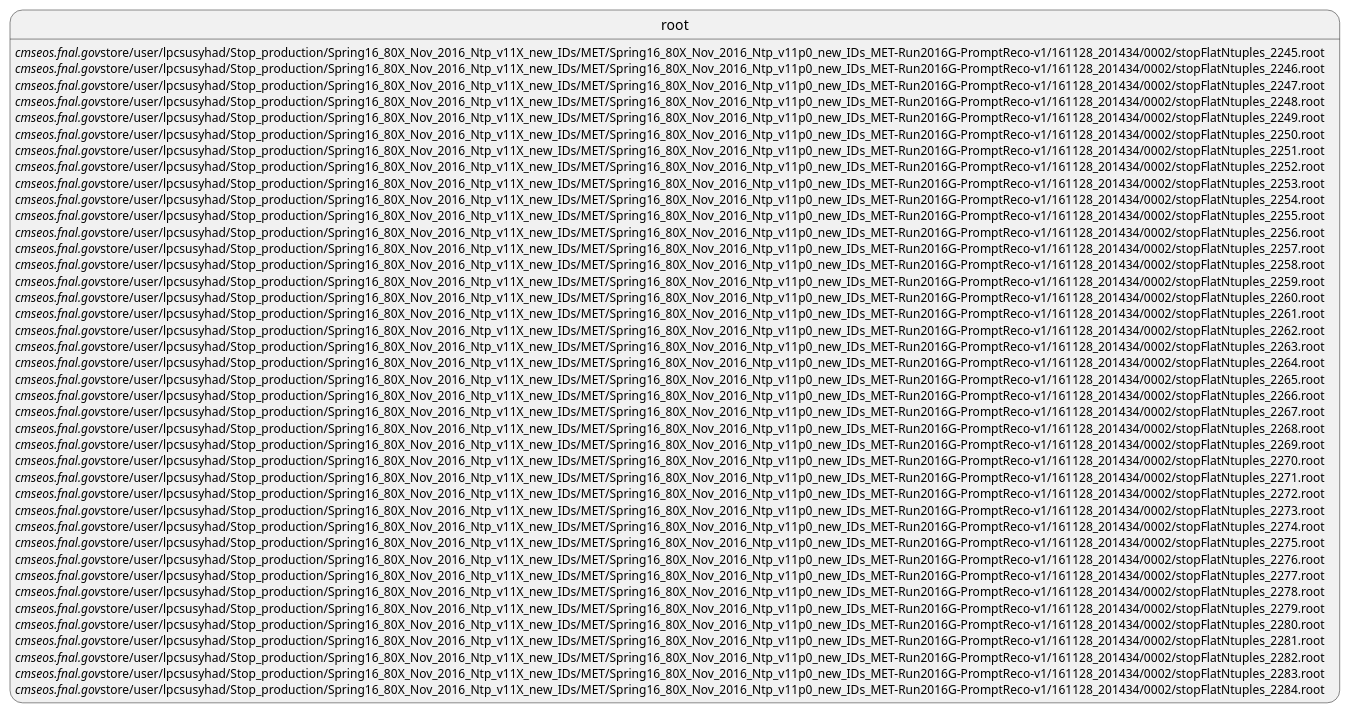
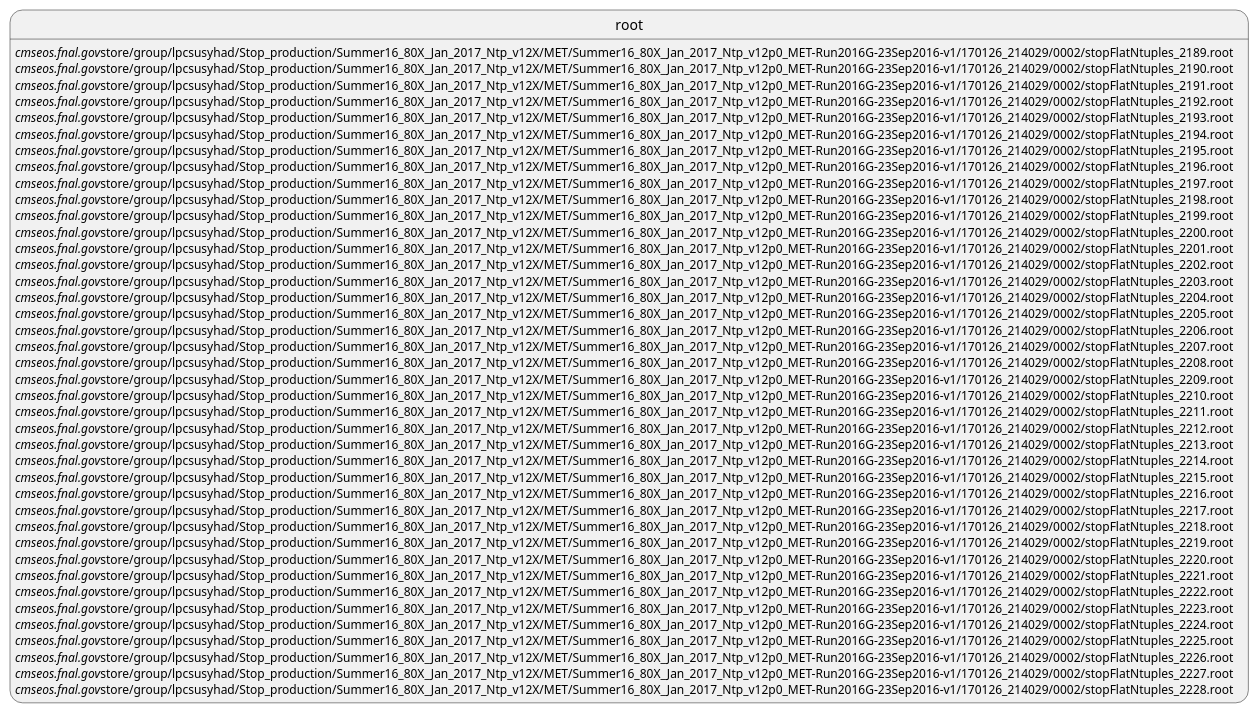
The diagram in QCDTools/QCDStopFlattrees/2017MoriondTxt/METSplit.pu (susy2015/QCD), drawn with PlantUML before and after one commit. The commit also changed 1557 other files, not shown here.

```diff
--- a/QCDTools/QCDStopFlattrees/2017MoriondTxt/METSplit.pu
+++ b/QCDTools/QCDStopFlattrees/2017MoriondTxt/METSplit.pu
@@ -1,40 +1,40 @@
-root://cmseos.fnal.gov//store/user/lpcsusyhad/Stop_production/Spring16_80X_Nov_2016_Ntp_v11X_new_IDs/MET/Spring16_80X_Nov_2016_Ntp_v11p0_new_IDs_MET-Run2016G-PromptReco-v1/161128_201434/0002/stopFlatNtuples_2245.root
-root://cmseos.fnal.gov//store/user/lpcsusyhad/Stop_production/Spring16_80X_Nov_2016_Ntp_v11X_new_IDs/MET/Spring16_80X_Nov_2016_Ntp_v11p0_new_IDs_MET-Run2016G-PromptReco-v1/161128_201434/0002/stopFlatNtuples_2246.root
-root://cmseos.fnal.gov//store/user/lpcsusyhad/Stop_production/Spring16_80X_Nov_2016_Ntp_v11X_new_IDs/MET/Spring16_80X_Nov_2016_Ntp_v11p0_new_IDs_MET-Run2016G-PromptReco-v1/161128_201434/0002/stopFlatNtuples_2247.root
-root://cmseos.fnal.gov//store/user/lpcsusyhad/Stop_production/Spring16_80X_Nov_2016_Ntp_v11X_new_IDs/MET/Spring16_80X_Nov_2016_Ntp_v11p0_new_IDs_MET-Run2016G-PromptReco-v1/161128_201434/0002/stopFlatNtuples_2248.root
-root://cmseos.fnal.gov//store/user/lpcsusyhad/Stop_production/Spring16_80X_Nov_2016_Ntp_v11X_new_IDs/MET/Spring16_80X_Nov_2016_Ntp_v11p0_new_IDs_MET-Run2016G-PromptReco-v1/161128_201434/0002/stopFlatNtuples_2249.root
-root://cmseos.fnal.gov//store/user/lpcsusyhad/Stop_production/Spring16_80X_Nov_2016_Ntp_v11X_new_IDs/MET/Spring16_80X_Nov_2016_Ntp_v11p0_new_IDs_MET-Run2016G-PromptReco-v1/161128_201434/0002/stopFlatNtuples_2250.root
-root://cmseos.fnal.gov//store/user/lpcsusyhad/Stop_production/Spring16_80X_Nov_2016_Ntp_v11X_new_IDs/MET/Spring16_80X_Nov_2016_Ntp_v11p0_new_IDs_MET-Run2016G-PromptReco-v1/161128_201434/0002/stopFlatNtuples_2251.root
-root://cmseos.fnal.gov//store/user/lpcsusyhad/Stop_production/Spring16_80X_Nov_2016_Ntp_v11X_new_IDs/MET/Spring16_80X_Nov_2016_Ntp_v11p0_new_IDs_MET-Run2016G-PromptReco-v1/161128_201434/0002/stopFlatNtuples_2252.root
-root://cmseos.fnal.gov//store/user/lpcsusyhad/Stop_production/Spring16_80X_Nov_2016_Ntp_v11X_new_IDs/MET/Spring16_80X_Nov_2016_Ntp_v11p0_new_IDs_MET-Run2016G-PromptReco-v1/161128_201434/0002/stopFlatNtuples_2253.root
-root://cmseos.fnal.gov//store/user/lpcsusyhad/Stop_production/Spring16_80X_Nov_2016_Ntp_v11X_new_IDs/MET/Spring16_80X_Nov_2016_Ntp_v11p0_new_IDs_MET-Run2016G-PromptReco-v1/161128_201434/0002/stopFlatNtuples_2254.root
-root://cmseos.fnal.gov//store/user/lpcsusyhad/Stop_production/Spring16_80X_Nov_2016_Ntp_v11X_new_IDs/MET/Spring16_80X_Nov_2016_Ntp_v11p0_new_IDs_MET-Run2016G-PromptReco-v1/161128_201434/0002/stopFlatNtuples_2255.root
-root://cmseos.fnal.gov//store/user/lpcsusyhad/Stop_production/Spring16_80X_Nov_2016_Ntp_v11X_new_IDs/MET/Spring16_80X_Nov_2016_Ntp_v11p0_new_IDs_MET-Run2016G-PromptReco-v1/161128_201434/0002/stopFlatNtuples_2256.root
-root://cmseos.fnal.gov//store/user/lpcsusyhad/Stop_production/Spring16_80X_Nov_2016_Ntp_v11X_new_IDs/MET/Spring16_80X_Nov_2016_Ntp_v11p0_new_IDs_MET-Run2016G-PromptReco-v1/161128_201434/0002/stopFlatNtuples_2257.root
-root://cmseos.fnal.gov//store/user/lpcsusyhad/Stop_production/Spring16_80X_Nov_2016_Ntp_v11X_new_IDs/MET/Spring16_80X_Nov_2016_Ntp_v11p0_new_IDs_MET-Run2016G-PromptReco-v1/161128_201434/0002/stopFlatNtuples_2258.root
-root://cmseos.fnal.gov//store/user/lpcsusyhad/Stop_production/Spring16_80X_Nov_2016_Ntp_v11X_new_IDs/MET/Spring16_80X_Nov_2016_Ntp_v11p0_new_IDs_MET-Run2016G-PromptReco-v1/161128_201434/0002/stopFlatNtuples_2259.root
-root://cmseos.fnal.gov//store/user/lpcsusyhad/Stop_production/Spring16_80X_Nov_2016_Ntp_v11X_new_IDs/MET/Spring16_80X_Nov_2016_Ntp_v11p0_new_IDs_MET-Run2016G-PromptReco-v1/161128_201434/0002/stopFlatNtuples_2260.root
-root://cmseos.fnal.gov//store/user/lpcsusyhad/Stop_production/Spring16_80X_Nov_2016_Ntp_v11X_new_IDs/MET/Spring16_80X_Nov_2016_Ntp_v11p0_new_IDs_MET-Run2016G-PromptReco-v1/161128_201434/0002/stopFlatNtuples_2261.root
-root://cmseos.fnal.gov//store/user/lpcsusyhad/Stop_production/Spring16_80X_Nov_2016_Ntp_v11X_new_IDs/MET/Spring16_80X_Nov_2016_Ntp_v11p0_new_IDs_MET-Run2016G-PromptReco-v1/161128_201434/0002/stopFlatNtuples_2262.root
-root://cmseos.fnal.gov//store/user/lpcsusyhad/Stop_production/Spring16_80X_Nov_2016_Ntp_v11X_new_IDs/MET/Spring16_80X_Nov_2016_Ntp_v11p0_new_IDs_MET-Run2016G-PromptReco-v1/161128_201434/0002/stopFlatNtuples_2263.root
-root://cmseos.fnal.gov//store/user/lpcsusyhad/Stop_production/Spring16_80X_Nov_2016_Ntp_v11X_new_IDs/MET/Spring16_80X_Nov_2016_Ntp_v11p0_new_IDs_MET-Run2016G-PromptReco-v1/161128_201434/0002/stopFlatNtuples_2264.root
-root://cmseos.fnal.gov//store/user/lpcsusyhad/Stop_production/Spring16_80X_Nov_2016_Ntp_v11X_new_IDs/MET/Spring16_80X_Nov_2016_Ntp_v11p0_new_IDs_MET-Run2016G-PromptReco-v1/161128_201434/0002/stopFlatNtuples_2265.root
-root://cmseos.fnal.gov//store/user/lpcsusyhad/Stop_production/Spring16_80X_Nov_2016_Ntp_v11X_new_IDs/MET/Spring16_80X_Nov_2016_Ntp_v11p0_new_IDs_MET-Run2016G-PromptReco-v1/161128_201434/0002/stopFlatNtuples_2266.root
-root://cmseos.fnal.gov//store/user/lpcsusyhad/Stop_production/Spring16_80X_Nov_2016_Ntp_v11X_new_IDs/MET/Spring16_80X_Nov_2016_Ntp_v11p0_new_IDs_MET-Run2016G-PromptReco-v1/161128_201434/0002/stopFlatNtuples_2267.root
-root://cmseos.fnal.gov//store/user/lpcsusyhad/Stop_production/Spring16_80X_Nov_2016_Ntp_v11X_new_IDs/MET/Spring16_80X_Nov_2016_Ntp_v11p0_new_IDs_MET-Run2016G-PromptReco-v1/161128_201434/0002/stopFlatNtuples_2268.root
-root://cmseos.fnal.gov//store/user/lpcsusyhad/Stop_production/Spring16_80X_Nov_2016_Ntp_v11X_new_IDs/MET/Spring16_80X_Nov_2016_Ntp_v11p0_new_IDs_MET-Run2016G-PromptReco-v1/161128_201434/0002/stopFlatNtuples_2269.root
-root://cmseos.fnal.gov//store/user/lpcsusyhad/Stop_production/Spring16_80X_Nov_2016_Ntp_v11X_new_IDs/MET/Spring16_80X_Nov_2016_Ntp_v11p0_new_IDs_MET-Run2016G-PromptReco-v1/161128_201434/0002/stopFlatNtuples_2270.root
-root://cmseos.fnal.gov//store/user/lpcsusyhad/Stop_production/Spring16_80X_Nov_2016_Ntp_v11X_new_IDs/MET/Spring16_80X_Nov_2016_Ntp_v11p0_new_IDs_MET-Run2016G-PromptReco-v1/161128_201434/0002/stopFlatNtuples_2271.root
-root://cmseos.fnal.gov//store/user/lpcsusyhad/Stop_production/Spring16_80X_Nov_2016_Ntp_v11X_new_IDs/MET/Spring16_80X_Nov_2016_Ntp_v11p0_new_IDs_MET-Run2016G-PromptReco-v1/161128_201434/0002/stopFlatNtuples_2272.root
-root://cmseos.fnal.gov//store/user/lpcsusyhad/Stop_production/Spring16_80X_Nov_2016_Ntp_v11X_new_IDs/MET/Spring16_80X_Nov_2016_Ntp_v11p0_new_IDs_MET-Run2016G-PromptReco-v1/161128_201434/0002/stopFlatNtuples_2273.root
-root://cmseos.fnal.gov//store/user/lpcsusyhad/Stop_production/Spring16_80X_Nov_2016_Ntp_v11X_new_IDs/MET/Spring16_80X_Nov_2016_Ntp_v11p0_new_IDs_MET-Run2016G-PromptReco-v1/161128_201434/0002/stopFlatNtuples_2274.root
-root://cmseos.fnal.gov//store/user/lpcsusyhad/Stop_production/Spring16_80X_Nov_2016_Ntp_v11X_new_IDs/MET/Spring16_80X_Nov_2016_Ntp_v11p0_new_IDs_MET-Run2016G-PromptReco-v1/161128_201434/0002/stopFlatNtuples_2275.root
-root://cmseos.fnal.gov//store/user/lpcsusyhad/Stop_production/Spring16_80X_Nov_2016_Ntp_v11X_new_IDs/MET/Spring16_80X_Nov_2016_Ntp_v11p0_new_IDs_MET-Run2016G-PromptReco-v1/161128_201434/0002/stopFlatNtuples_2276.root
-root://cmseos.fnal.gov//store/user/lpcsusyhad/Stop_production/Spring16_80X_Nov_2016_Ntp_v11X_new_IDs/MET/Spring16_80X_Nov_2016_Ntp_v11p0_new_IDs_MET-Run2016G-PromptReco-v1/161128_201434/0002/stopFlatNtuples_2277.root
-root://cmseos.fnal.gov//store/user/lpcsusyhad/Stop_production/Spring16_80X_Nov_2016_Ntp_v11X_new_IDs/MET/Spring16_80X_Nov_2016_Ntp_v11p0_new_IDs_MET-Run2016G-PromptReco-v1/161128_201434/0002/stopFlatNtuples_2278.root
-root://cmseos.fnal.gov//store/user/lpcsusyhad/Stop_production/Spring16_80X_Nov_2016_Ntp_v11X_new_IDs/MET/Spring16_80X_Nov_2016_Ntp_v11p0_new_IDs_MET-Run2016G-PromptReco-v1/161128_201434/0002/stopFlatNtuples_2279.root
-root://cmseos.fnal.gov//store/user/lpcsusyhad/Stop_production/Spring16_80X_Nov_2016_Ntp_v11X_new_IDs/MET/Spring16_80X_Nov_2016_Ntp_v11p0_new_IDs_MET-Run2016G-PromptReco-v1/161128_201434/0002/stopFlatNtuples_2280.root
-root://cmseos.fnal.gov//store/user/lpcsusyhad/Stop_production/Spring16_80X_Nov_2016_Ntp_v11X_new_IDs/MET/Spring16_80X_Nov_2016_Ntp_v11p0_new_IDs_MET-Run2016G-PromptReco-v1/161128_201434/0002/stopFlatNtuples_2281.root
-root://cmseos.fnal.gov//store/user/lpcsusyhad/Stop_production/Spring16_80X_Nov_2016_Ntp_v11X_new_IDs/MET/Spring16_80X_Nov_2016_Ntp_v11p0_new_IDs_MET-Run2016G-PromptReco-v1/161128_201434/0002/stopFlatNtuples_2282.root
-root://cmseos.fnal.gov//store/user/lpcsusyhad/Stop_production/Spring16_80X_Nov_2016_Ntp_v11X_new_IDs/MET/Spring16_80X_Nov_2016_Ntp_v11p0_new_IDs_MET-Run2016G-PromptReco-v1/161128_201434/0002/stopFlatNtuples_2283.root
-root://cmseos.fnal.gov//store/user/lpcsusyhad/Stop_production/Spring16_80X_Nov_2016_Ntp_v11X_new_IDs/MET/Spring16_80X_Nov_2016_Ntp_v11p0_new_IDs_MET-Run2016G-PromptReco-v1/161128_201434/0002/stopFlatNtuples_2284.root
+root://cmseos.fnal.gov//store/group/lpcsusyhad/Stop_production/Summer16_80X_Jan_2017_Ntp_v12X/MET/Summer16_80X_Jan_2017_Ntp_v12p0_MET-Run2016G-23Sep2016-v1/170126_214029/0002/stopFlatNtuples_2189.root
+root://cmseos.fnal.gov//store/group/lpcsusyhad/Stop_production/Summer16_80X_Jan_2017_Ntp_v12X/MET/Summer16_80X_Jan_2017_Ntp_v12p0_MET-Run2016G-23Sep2016-v1/170126_214029/0002/stopFlatNtuples_2190.root
+root://cmseos.fnal.gov//store/group/lpcsusyhad/Stop_production/Summer16_80X_Jan_2017_Ntp_v12X/MET/Summer16_80X_Jan_2017_Ntp_v12p0_MET-Run2016G-23Sep2016-v1/170126_214029/0002/stopFlatNtuples_2191.root
+root://cmseos.fnal.gov//store/group/lpcsusyhad/Stop_production/Summer16_80X_Jan_2017_Ntp_v12X/MET/Summer16_80X_Jan_2017_Ntp_v12p0_MET-Run2016G-23Sep2016-v1/170126_214029/0002/stopFlatNtuples_2192.root
+root://cmseos.fnal.gov//store/group/lpcsusyhad/Stop_production/Summer16_80X_Jan_2017_Ntp_v12X/MET/Summer16_80X_Jan_2017_Ntp_v12p0_MET-Run2016G-23Sep2016-v1/170126_214029/0002/stopFlatNtuples_2193.root
+root://cmseos.fnal.gov//store/group/lpcsusyhad/Stop_production/Summer16_80X_Jan_2017_Ntp_v12X/MET/Summer16_80X_Jan_2017_Ntp_v12p0_MET-Run2016G-23Sep2016-v1/170126_214029/0002/stopFlatNtuples_2194.root
+root://cmseos.fnal.gov//store/group/lpcsusyhad/Stop_production/Summer16_80X_Jan_2017_Ntp_v12X/MET/Summer16_80X_Jan_2017_Ntp_v12p0_MET-Run2016G-23Sep2016-v1/170126_214029/0002/stopFlatNtuples_2195.root
+root://cmseos.fnal.gov//store/group/lpcsusyhad/Stop_production/Summer16_80X_Jan_2017_Ntp_v12X/MET/Summer16_80X_Jan_2017_Ntp_v12p0_MET-Run2016G-23Sep2016-v1/170126_214029/0002/stopFlatNtuples_2196.root
+root://cmseos.fnal.gov//store/group/lpcsusyhad/Stop_production/Summer16_80X_Jan_2017_Ntp_v12X/MET/Summer16_80X_Jan_2017_Ntp_v12p0_MET-Run2016G-23Sep2016-v1/170126_214029/0002/stopFlatNtuples_2197.root
+root://cmseos.fnal.gov//store/group/lpcsusyhad/Stop_production/Summer16_80X_Jan_2017_Ntp_v12X/MET/Summer16_80X_Jan_2017_Ntp_v12p0_MET-Run2016G-23Sep2016-v1/170126_214029/0002/stopFlatNtuples_2198.root
+root://cmseos.fnal.gov//store/group/lpcsusyhad/Stop_production/Summer16_80X_Jan_2017_Ntp_v12X/MET/Summer16_80X_Jan_2017_Ntp_v12p0_MET-Run2016G-23Sep2016-v1/170126_214029/0002/stopFlatNtuples_2199.root
+root://cmseos.fnal.gov//store/group/lpcsusyhad/Stop_production/Summer16_80X_Jan_2017_Ntp_v12X/MET/Summer16_80X_Jan_2017_Ntp_v12p0_MET-Run2016G-23Sep2016-v1/170126_214029/0002/stopFlatNtuples_2200.root
+root://cmseos.fnal.gov//store/group/lpcsusyhad/Stop_production/Summer16_80X_Jan_2017_Ntp_v12X/MET/Summer16_80X_Jan_2017_Ntp_v12p0_MET-Run2016G-23Sep2016-v1/170126_214029/0002/stopFlatNtuples_2201.root
+root://cmseos.fnal.gov//store/group/lpcsusyhad/Stop_production/Summer16_80X_Jan_2017_Ntp_v12X/MET/Summer16_80X_Jan_2017_Ntp_v12p0_MET-Run2016G-23Sep2016-v1/170126_214029/0002/stopFlatNtuples_2202.root
+root://cmseos.fnal.gov//store/group/lpcsusyhad/Stop_production/Summer16_80X_Jan_2017_Ntp_v12X/MET/Summer16_80X_Jan_2017_Ntp_v12p0_MET-Run2016G-23Sep2016-v1/170126_214029/0002/stopFlatNtuples_2203.root
+root://cmseos.fnal.gov//store/group/lpcsusyhad/Stop_production/Summer16_80X_Jan_2017_Ntp_v12X/MET/Summer16_80X_Jan_2017_Ntp_v12p0_MET-Run2016G-23Sep2016-v1/170126_214029/0002/stopFlatNtuples_2204.root
+root://cmseos.fnal.gov//store/group/lpcsusyhad/Stop_production/Summer16_80X_Jan_2017_Ntp_v12X/MET/Summer16_80X_Jan_2017_Ntp_v12p0_MET-Run2016G-23Sep2016-v1/170126_214029/0002/stopFlatNtuples_2205.root
+root://cmseos.fnal.gov//store/group/lpcsusyhad/Stop_production/Summer16_80X_Jan_2017_Ntp_v12X/MET/Summer16_80X_Jan_2017_Ntp_v12p0_MET-Run2016G-23Sep2016-v1/170126_214029/0002/stopFlatNtuples_2206.root
+root://cmseos.fnal.gov//store/group/lpcsusyhad/Stop_production/Summer16_80X_Jan_2017_Ntp_v12X/MET/Summer16_80X_Jan_2017_Ntp_v12p0_MET-Run2016G-23Sep2016-v1/170126_214029/0002/stopFlatNtuples_2207.root
+root://cmseos.fnal.gov//store/group/lpcsusyhad/Stop_production/Summer16_80X_Jan_2017_Ntp_v12X/MET/Summer16_80X_Jan_2017_Ntp_v12p0_MET-Run2016G-23Sep2016-v1/170126_214029/0002/stopFlatNtuples_2208.root
+root://cmseos.fnal.gov//store/group/lpcsusyhad/Stop_production/Summer16_80X_Jan_2017_Ntp_v12X/MET/Summer16_80X_Jan_2017_Ntp_v12p0_MET-Run2016G-23Sep2016-v1/170126_214029/0002/stopFlatNtuples_2209.root
+root://cmseos.fnal.gov//store/group/lpcsusyhad/Stop_production/Summer16_80X_Jan_2017_Ntp_v12X/MET/Summer16_80X_Jan_2017_Ntp_v12p0_MET-Run2016G-23Sep2016-v1/170126_214029/0002/stopFlatNtuples_2210.root
+root://cmseos.fnal.gov//store/group/lpcsusyhad/Stop_production/Summer16_80X_Jan_2017_Ntp_v12X/MET/Summer16_80X_Jan_2017_Ntp_v12p0_MET-Run2016G-23Sep2016-v1/170126_214029/0002/stopFlatNtuples_2211.root
+root://cmseos.fnal.gov//store/group/lpcsusyhad/Stop_production/Summer16_80X_Jan_2017_Ntp_v12X/MET/Summer16_80X_Jan_2017_Ntp_v12p0_MET-Run2016G-23Sep2016-v1/170126_214029/0002/stopFlatNtuples_2212.root
+root://cmseos.fnal.gov//store/group/lpcsusyhad/Stop_production/Summer16_80X_Jan_2017_Ntp_v12X/MET/Summer16_80X_Jan_2017_Ntp_v12p0_MET-Run2016G-23Sep2016-v1/170126_214029/0002/stopFlatNtuples_2213.root
+root://cmseos.fnal.gov//store/group/lpcsusyhad/Stop_production/Summer16_80X_Jan_2017_Ntp_v12X/MET/Summer16_80X_Jan_2017_Ntp_v12p0_MET-Run2016G-23Sep2016-v1/170126_214029/0002/stopFlatNtuples_2214.root
+root://cmseos.fnal.gov//store/group/lpcsusyhad/Stop_production/Summer16_80X_Jan_2017_Ntp_v12X/MET/Summer16_80X_Jan_2017_Ntp_v12p0_MET-Run2016G-23Sep2016-v1/170126_214029/0002/stopFlatNtuples_2215.root
+root://cmseos.fnal.gov//store/group/lpcsusyhad/Stop_production/Summer16_80X_Jan_2017_Ntp_v12X/MET/Summer16_80X_Jan_2017_Ntp_v12p0_MET-Run2016G-23Sep2016-v1/170126_214029/0002/stopFlatNtuples_2216.root
+root://cmseos.fnal.gov//store/group/lpcsusyhad/Stop_production/Summer16_80X_Jan_2017_Ntp_v12X/MET/Summer16_80X_Jan_2017_Ntp_v12p0_MET-Run2016G-23Sep2016-v1/170126_214029/0002/stopFlatNtuples_2217.root
+root://cmseos.fnal.gov//store/group/lpcsusyhad/Stop_production/Summer16_80X_Jan_2017_Ntp_v12X/MET/Summer16_80X_Jan_2017_Ntp_v12p0_MET-Run2016G-23Sep2016-v1/170126_214029/0002/stopFlatNtuples_2218.root
+root://cmseos.fnal.gov//store/group/lpcsusyhad/Stop_production/Summer16_80X_Jan_2017_Ntp_v12X/MET/Summer16_80X_Jan_2017_Ntp_v12p0_MET-Run2016G-23Sep2016-v1/170126_214029/0002/stopFlatNtuples_2219.root
+root://cmseos.fnal.gov//store/group/lpcsusyhad/Stop_production/Summer16_80X_Jan_2017_Ntp_v12X/MET/Summer16_80X_Jan_2017_Ntp_v12p0_MET-Run2016G-23Sep2016-v1/170126_214029/0002/stopFlatNtuples_2220.root
+root://cmseos.fnal.gov//store/group/lpcsusyhad/Stop_production/Summer16_80X_Jan_2017_Ntp_v12X/MET/Summer16_80X_Jan_2017_Ntp_v12p0_MET-Run2016G-23Sep2016-v1/170126_214029/0002/stopFlatNtuples_2221.root
+root://cmseos.fnal.gov//store/group/lpcsusyhad/Stop_production/Summer16_80X_Jan_2017_Ntp_v12X/MET/Summer16_80X_Jan_2017_Ntp_v12p0_MET-Run2016G-23Sep2016-v1/170126_214029/0002/stopFlatNtuples_2222.root
+root://cmseos.fnal.gov//store/group/lpcsusyhad/Stop_production/Summer16_80X_Jan_2017_Ntp_v12X/MET/Summer16_80X_Jan_2017_Ntp_v12p0_MET-Run2016G-23Sep2016-v1/170126_214029/0002/stopFlatNtuples_2223.root
+root://cmseos.fnal.gov//store/group/lpcsusyhad/Stop_production/Summer16_80X_Jan_2017_Ntp_v12X/MET/Summer16_80X_Jan_2017_Ntp_v12p0_MET-Run2016G-23Sep2016-v1/170126_214029/0002/stopFlatNtuples_2224.root
+root://cmseos.fnal.gov//store/group/lpcsusyhad/Stop_production/Summer16_80X_Jan_2017_Ntp_v12X/MET/Summer16_80X_Jan_2017_Ntp_v12p0_MET-Run2016G-23Sep2016-v1/170126_214029/0002/stopFlatNtuples_2225.root
+root://cmseos.fnal.gov//store/group/lpcsusyhad/Stop_production/Summer16_80X_Jan_2017_Ntp_v12X/MET/Summer16_80X_Jan_2017_Ntp_v12p0_MET-Run2016G-23Sep2016-v1/170126_214029/0002/stopFlatNtuples_2226.root
+root://cmseos.fnal.gov//store/group/lpcsusyhad/Stop_production/Summer16_80X_Jan_2017_Ntp_v12X/MET/Summer16_80X_Jan_2017_Ntp_v12p0_MET-Run2016G-23Sep2016-v1/170126_214029/0002/stopFlatNtuples_2227.root
+root://cmseos.fnal.gov//store/group/lpcsusyhad/Stop_production/Summer16_80X_Jan_2017_Ntp_v12X/MET/Summer16_80X_Jan_2017_Ntp_v12p0_MET-Run2016G-23Sep2016-v1/170126_214029/0002/stopFlatNtuples_2228.root
```
